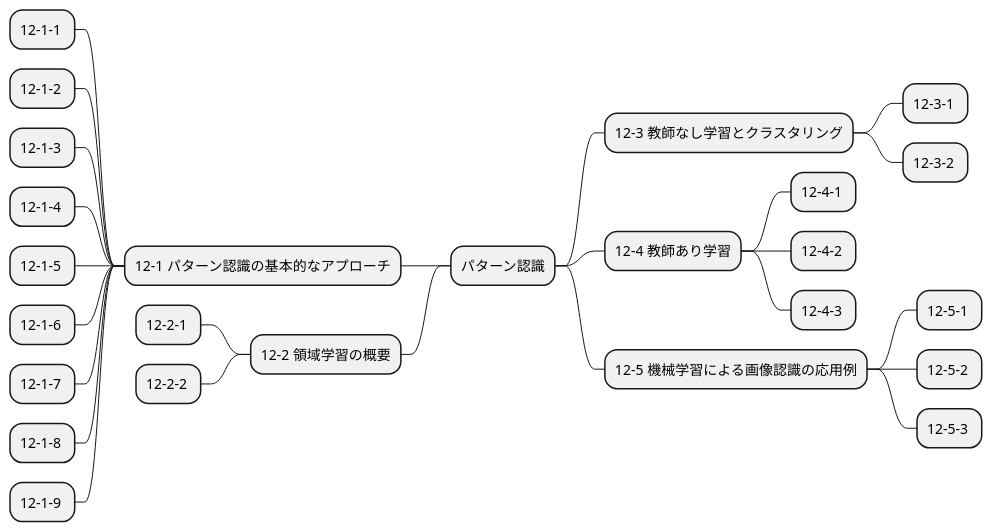
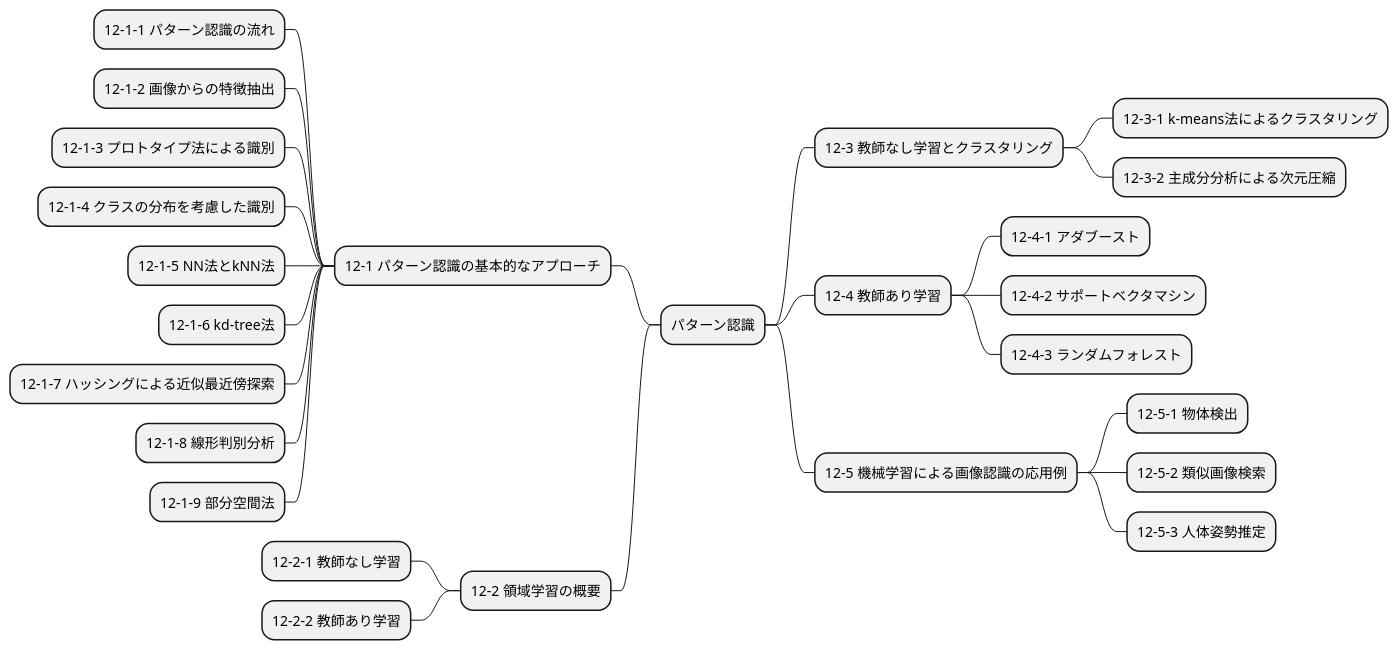
One commit to Takayoshi-Matsuyama/image_processing changed the diagram in mindmap/img_proc_expert_12.puml. Above: the diagram before and after it, drawn with PlantUML. The commit also changed 16 other files, not shown here.

Commit message:
mindmap - ex index

```diff
--- a/mindmap/img_proc_expert_12.puml
+++ b/mindmap/img_proc_expert_12.puml
@@ -1,27 +1,27 @@
 @startmindmap img_proc_expert_12
 + パターン認識
 -- 12-1 パターン認識の基本的なアプローチ
---- 12-1-1 
---- 12-1-2 
---- 12-1-3 
---- 12-1-4 
---- 12-1-5 
---- 12-1-6 
---- 12-1-7 
---- 12-1-8 
---- 12-1-9 
+--- 12-1-1 パターン認識の流れ
+--- 12-1-2 画像からの特徴抽出
+--- 12-1-3 プロトタイプ法による識別
+--- 12-1-4 クラスの分布を考慮した識別
+--- 12-1-5 NN法とkNN法
+--- 12-1-6 kd-tree法
+--- 12-1-7 ハッシングによる近似最近傍探索
+--- 12-1-8 線形判別分析
+--- 12-1-9 部分空間法
 -- 12-2 領域学習の概要
---- 12-2-1 
---- 12-2-2 
+--- 12-2-1 教師なし学習
+--- 12-2-2 教師あり学習
 ++ 12-3 教師なし学習とクラスタリング
-+++ 12-3-1 
-+++ 12-3-2 
++++ 12-3-1 k-means法によるクラスタリング
++++ 12-3-2 主成分分析による次元圧縮
 ++ 12-4 教師あり学習
-+++ 12-4-1 
-+++ 12-4-2 
-+++ 12-4-3 
++++ 12-4-1 アダブースト
++++ 12-4-2 サポートベクタマシン
++++ 12-4-3 ランダムフォレスト
 ++ 12-5 機械学習による画像認識の応用例
-+++ 12-5-1 
-+++ 12-5-2 
-+++ 12-5-3 
++++ 12-5-1 物体検出
++++ 12-5-2 類似画像検索
++++ 12-5-3 人体姿勢推定
 @endmindmap
```
